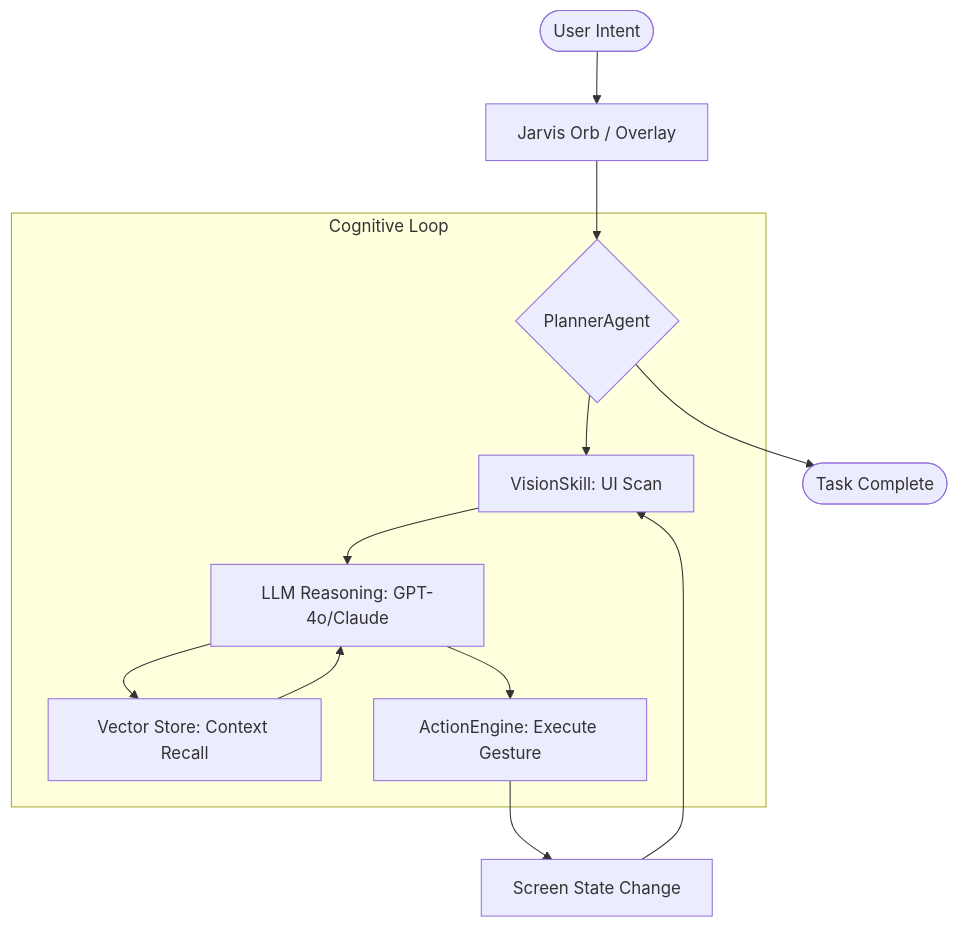
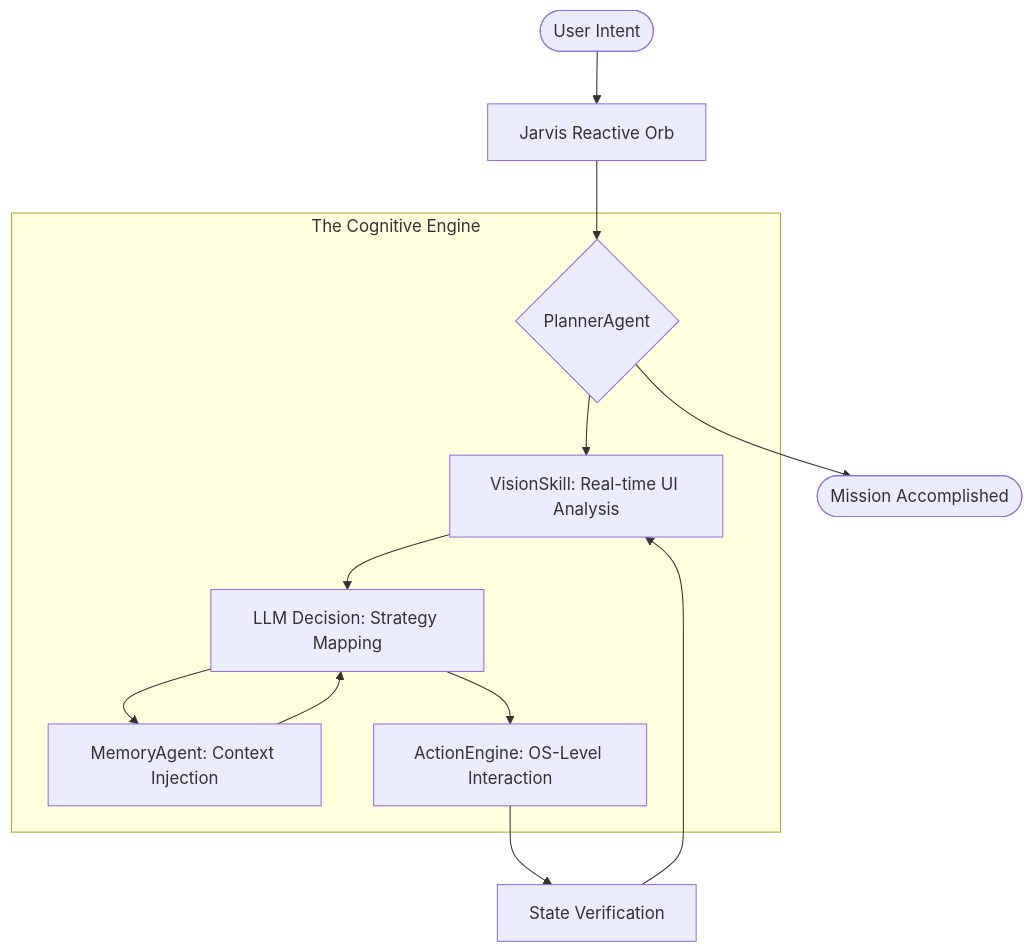
The diagram in README.md (patil-shubham-dev/Jarvis-Ai), drawn with Mermaid before and after one commit. The commit also changed other lines of this file and 3 other files, not shown here.

````diff
--- a/README.md
+++ b/README.md
@@ -68,18 +71,18 @@
 ```mermaid
 graph TD
-    User([User Intent]) --> Orb[Jarvis Orb / Overlay]
+    User([User Intent]) --> Orb[Jarvis Reactive Orb]
     Orb --> Planner{PlannerAgent}
     
-    subgraph "Cognitive Loop"
-        Planner --> Observe[VisionSkill: UI Scan]
-        Observe --> Think[LLM Reasoning: GPT-4o/Claude]
-        Think --> Memory[Vector Store: Context Recall]
+    subgraph "The Cognitive Engine"
+        Planner --> Observe[VisionSkill: Real-time UI Analysis]
+        Observe --> Think[LLM Decision: Strategy Mapping]
+        Think --> Memory[MemoryAgent: Context Injection]
         Memory --> Think
-        Think --> Act[ActionEngine: Execute Gesture]
+        Think --> Act[ActionEngine: OS-Level Interaction]
     end
     
-    Act --> Feedback[Screen State Change]
+    Act --> Feedback[State Verification]
     Feedback --> Observe
     
-    Planner --> Success([Task Complete])
+    Planner --> Success([Mission Accomplished])
 ```
````
